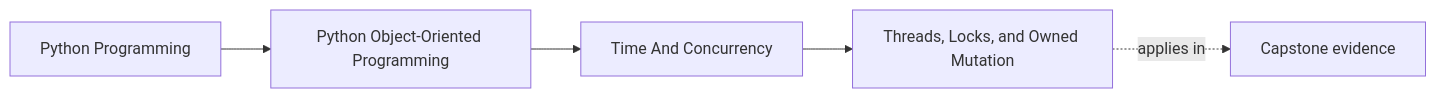
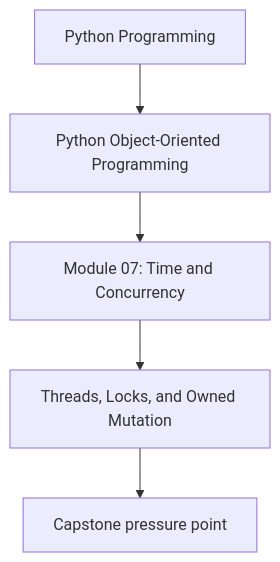
One commit to bijux/bijux-masterclass changed the first of 2 diagrams in programs/python-programming/python-object-oriented-programming/course-book/module-07-time-and-concurrency/threads-locks-and-owned-mutation.md. Above: the diagram before and after it, drawn with Mermaid. The commit also changed other lines of this file and 107 other files, not shown here.

Commit message:
docs(python-object-oriented-programming): align concept page diagrams

````diff
--- a/programs/python-programming/python-object-oriented-programming/course-book/module-07-time-and-concurrency/threads-locks-and-owned-mutation.md
+++ b/programs/python-programming/python-object-oriented-programming/course-book/module-07-time-and-concurrency/threads-locks-and-owned-mutation.md
@@ -7,11 +7,7 @@
 ```mermaid
-graph LR
-  family["Python Programming"]
-  program["Python Object-Oriented Programming"]
-  section["Time And Concurrency"]
-  page["Threads, Locks, and Owned Mutation"]
-  capstone["Capstone evidence"]
-
-  family --> program --> section --> page
-  page -.applies in.-> capstone
+flowchart TD
+  family["Python Programming"] --> program["Python Object-Oriented Programming"]
+  program --> module["Module 07: Time and Concurrency"]
+  module --> concept["Threads, Locks, and Owned Mutation"]
+  concept --> capstone["Capstone pressure point"]
 ```
````
